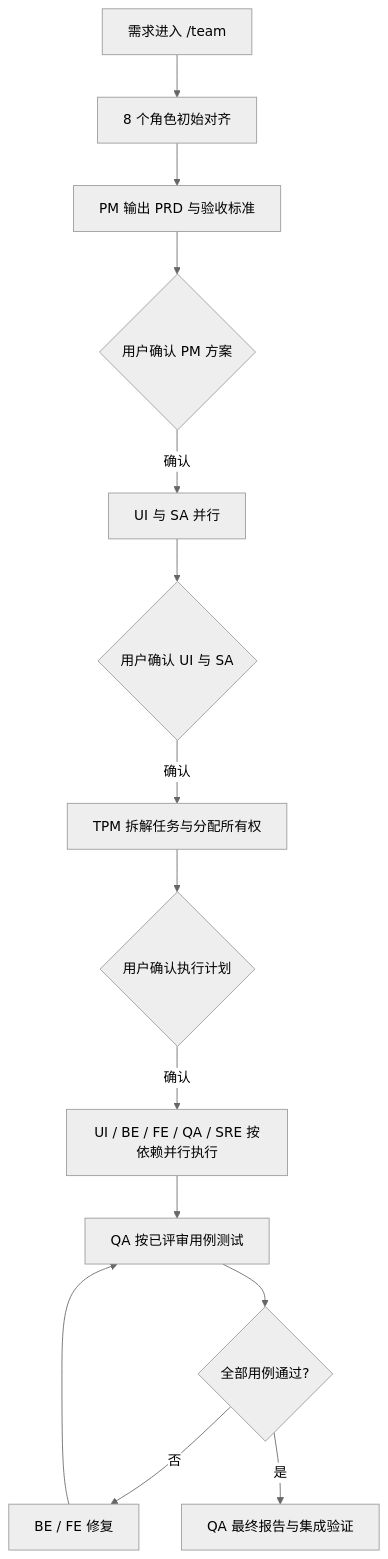
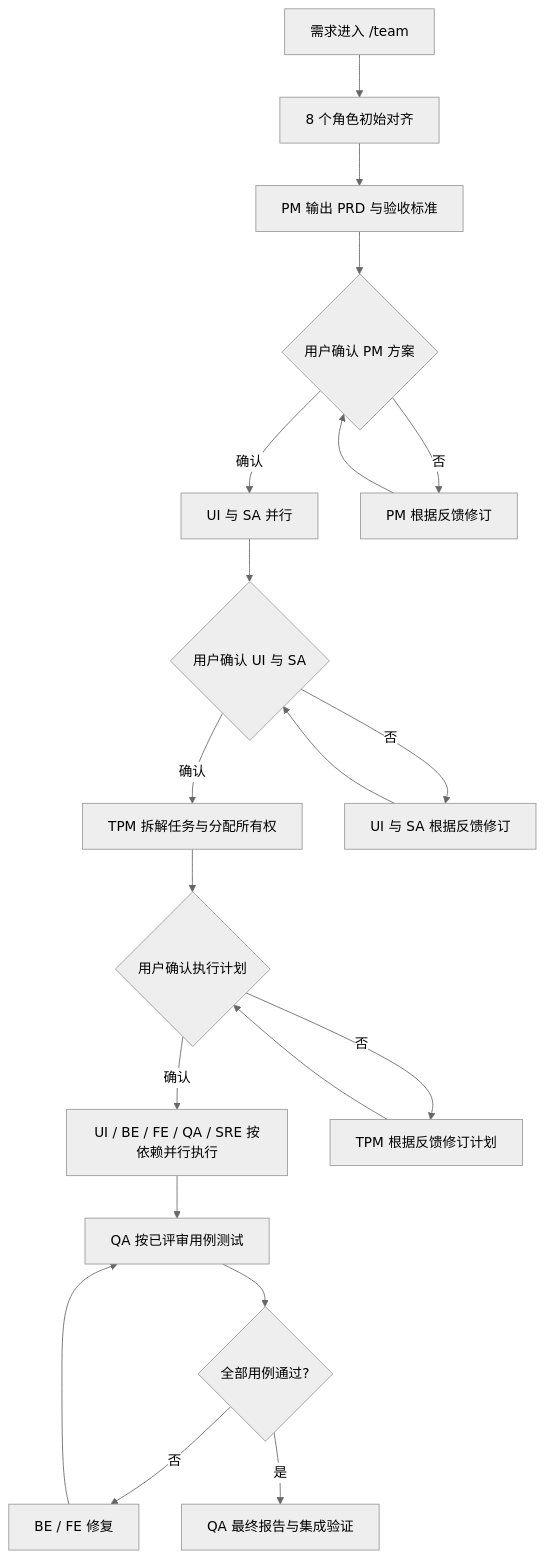
The diagram in README.md (xiaok0928/codex-virtual-rd-team), drawn with Mermaid (neutral theme) before and after one commit.

Commit message:
docs: add rejection loops to team workflow

````diff
--- a/README.md
+++ b/README.md
@@ -102,16 +102,22 @@
 ```mermaid
 flowchart TD
     A[需求进入 /team] --> B[8 个角色初始对齐]
     B --> C[PM 输出 PRD 与验收标准]
     C --> D{用户确认 PM 方案}
     D -->|确认| E[UI 与 SA 并行]
+    D -->|否| D1[PM 根据反馈修订]
+    D1 --> D
     E --> F{用户确认 UI 与 SA}
     F -->|确认| G[TPM 拆解任务与分配所有权]
+    F -->|否| F1[UI 与 SA 根据反馈修订]
+    F1 --> F
     G --> H{用户确认执行计划}
     H -->|确认| I[UI / BE / FE / QA / SRE 按依赖并行执行]
+    H -->|否| H1[TPM 根据反馈修订计划]
+    H1 --> H
     I --> J[QA 按已评审用例测试]
     J --> K{全部用例通过?}
     K -->|否| L[BE / FE 修复]
     L --> J
     K -->|是| M[QA 最终报告与集成验证]
 ```
````
